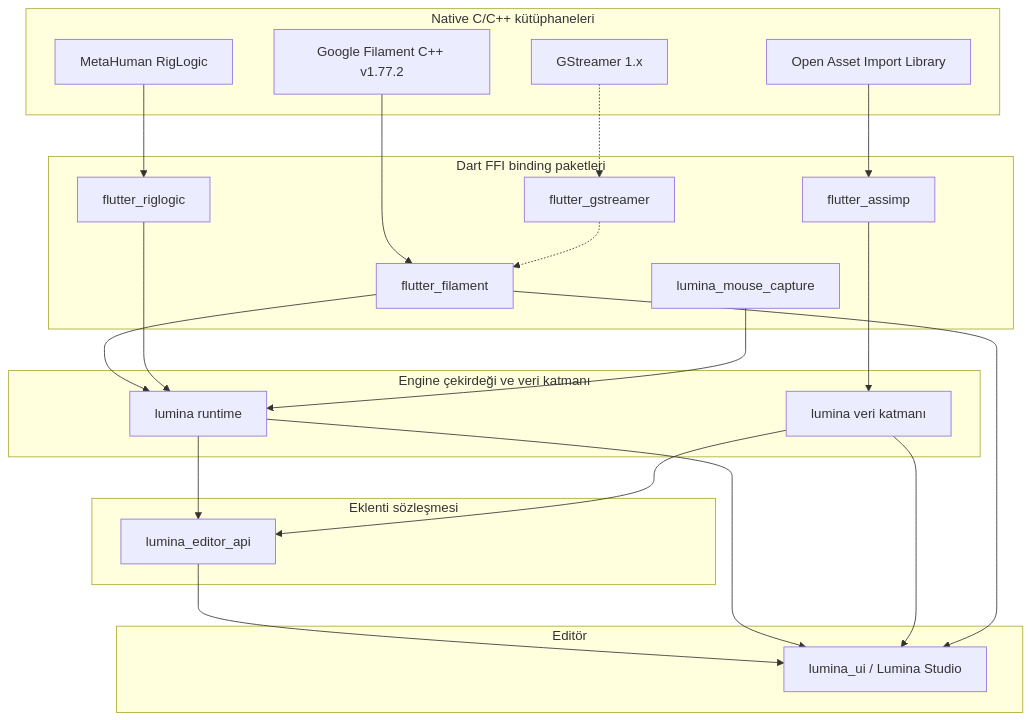
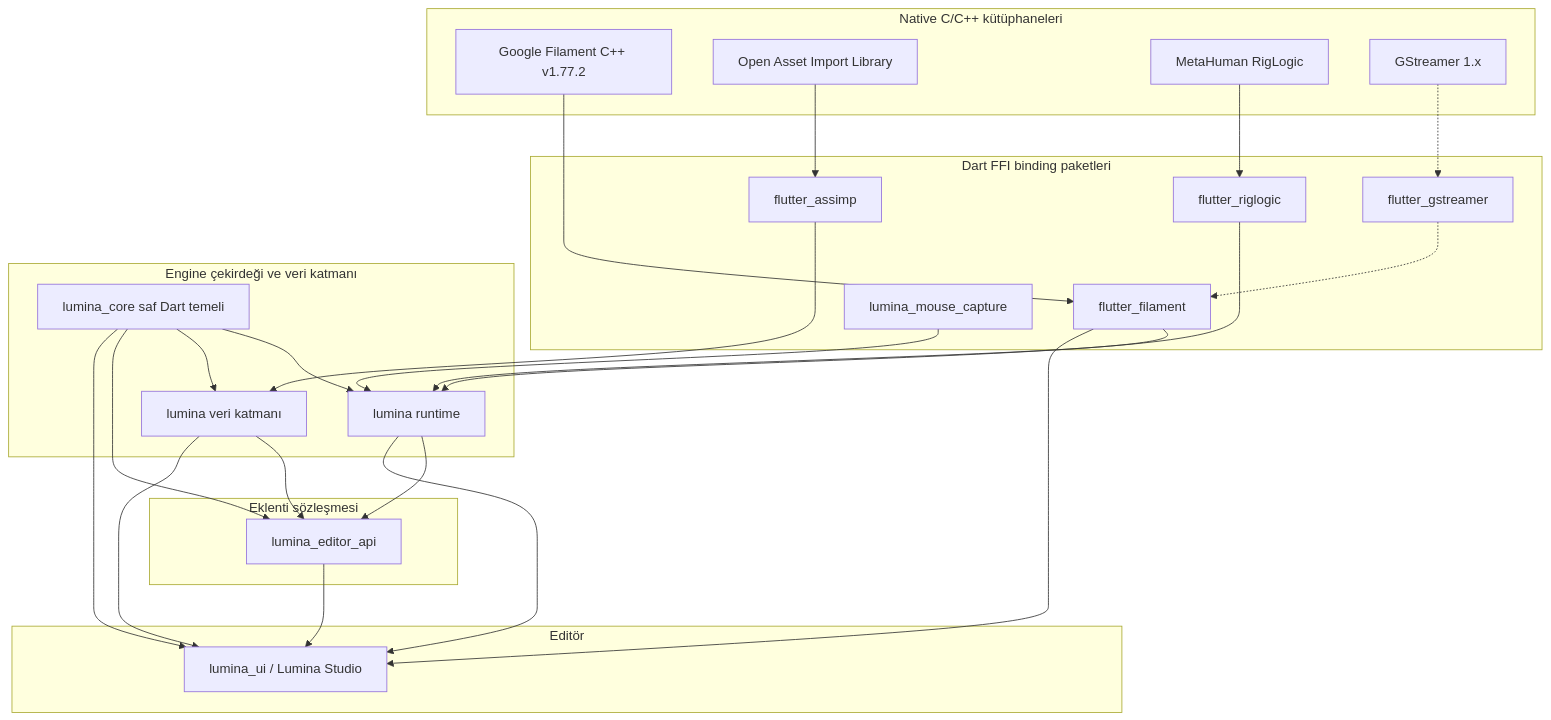
One commit to LuminaGame/lumina changed the diagram in docs/tr/overview/layers.md. Above: the diagram before and after it, drawn with Mermaid. The commit also changed other lines of this file and 471 other files, not shown here.

````diff
--- a/docs/tr/overview/layers.md
+++ b/docs/tr/overview/layers.md
@@ -11,49 +11,54 @@
 ```mermaid
 graph TD
     subgraph C_Level [Native C/C++ kütüphaneleri]
         FilamentCPP[Google Filament C++ v1.77.2]
         AssimpCPP[Open Asset Import Library]
         RigLogicCPP[MetaHuman RigLogic]
         GStreamerC[GStreamer 1.x]
     end
 
     subgraph FFI_Level [Dart FFI binding paketleri]
         FlutterFilament[flutter_filament]
         FlutterAssimp[flutter_assimp]
         FlutterRiglogic[flutter_riglogic]
         FlutterGStreamer[flutter_gstreamer]
         MouseCapture[lumina_mouse_capture]
     end
 
     subgraph Core_Level [Engine çekirdeği ve veri katmanı]
+        PureCore[lumina_core saf Dart temeli]
         LuminaCore[lumina runtime]
         LuminaData[lumina veri katmanı]
     end
 
     subgraph Plugin_Level [Eklenti sözleşmesi]
         EditorAPI[lumina_editor_api]
     end
 
     subgraph Studio_Level [Editör]
         LuminaUI[lumina_ui / Lumina Studio]
     end
 
     FilamentCPP --> FlutterFilament
     AssimpCPP --> FlutterAssimp
     RigLogicCPP --> FlutterRiglogic
     GStreamerC -.-> FlutterGStreamer
 
     FlutterFilament --> LuminaCore
     FlutterAssimp --> LuminaData
     FlutterRiglogic --> LuminaCore
     MouseCapture --> LuminaCore
     FlutterGStreamer -.-> FlutterFilament
 
+    PureCore --> LuminaCore
+    PureCore --> LuminaData
+    PureCore --> EditorAPI
+    PureCore --> LuminaUI
     LuminaCore --> EditorAPI
     LuminaData --> EditorAPI
 
     EditorAPI --> LuminaUI
     LuminaCore --> LuminaUI
     LuminaData --> LuminaUI
     FlutterFilament --> LuminaUI
 ```
````
